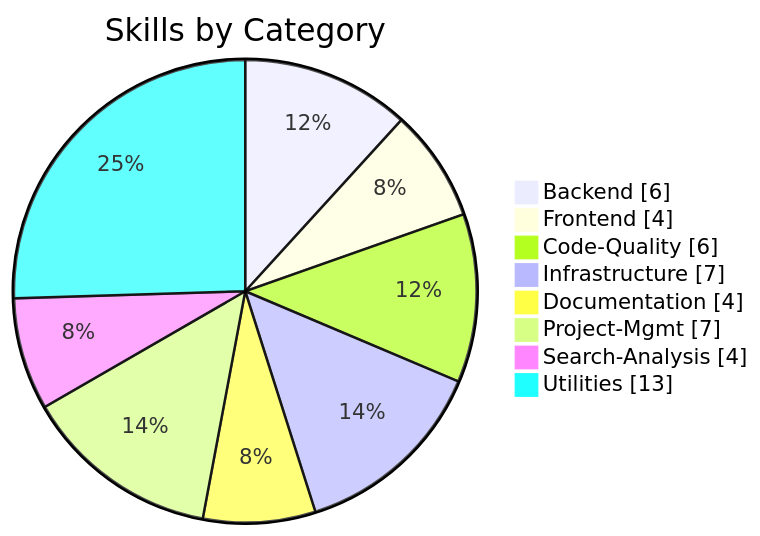
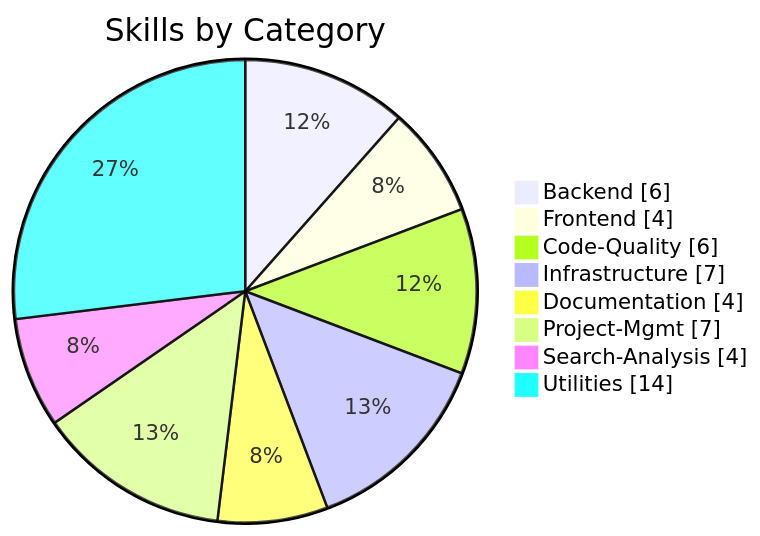
Before and after one commit to supercent-io/skills-template: the second of 2 diagrams in README.md, drawn with Mermaid. The commit also changed other lines of this file and 27 other files, not shown here.

````diff
--- a/README.md
+++ b/README.md
@@ -248,12 +248,12 @@
 ```mermaid
 pie showData
     title Skills by Category
     "Backend" : 6
     "Frontend" : 4
     "Code-Quality" : 6
     "Infrastructure" : 7
     "Documentation" : 4
     "Project-Mgmt" : 7
     "Search-Analysis" : 4
-    "Utilities" : 13
+    "Utilities" : 14
 ```
````
